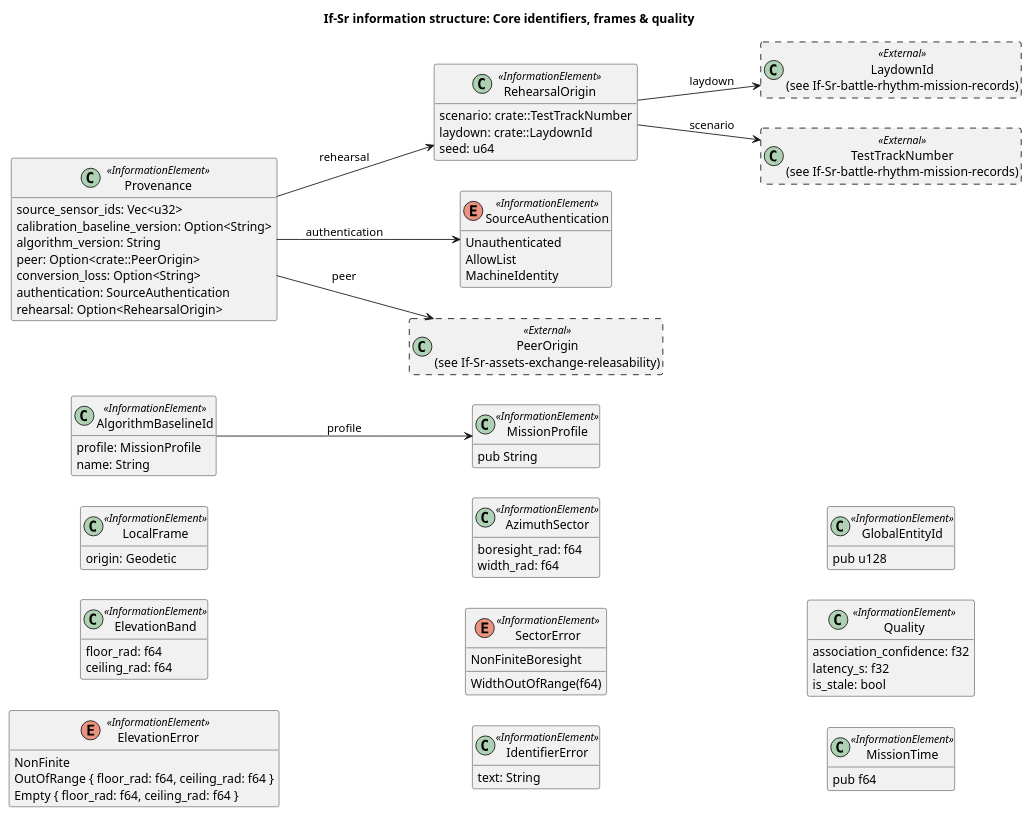
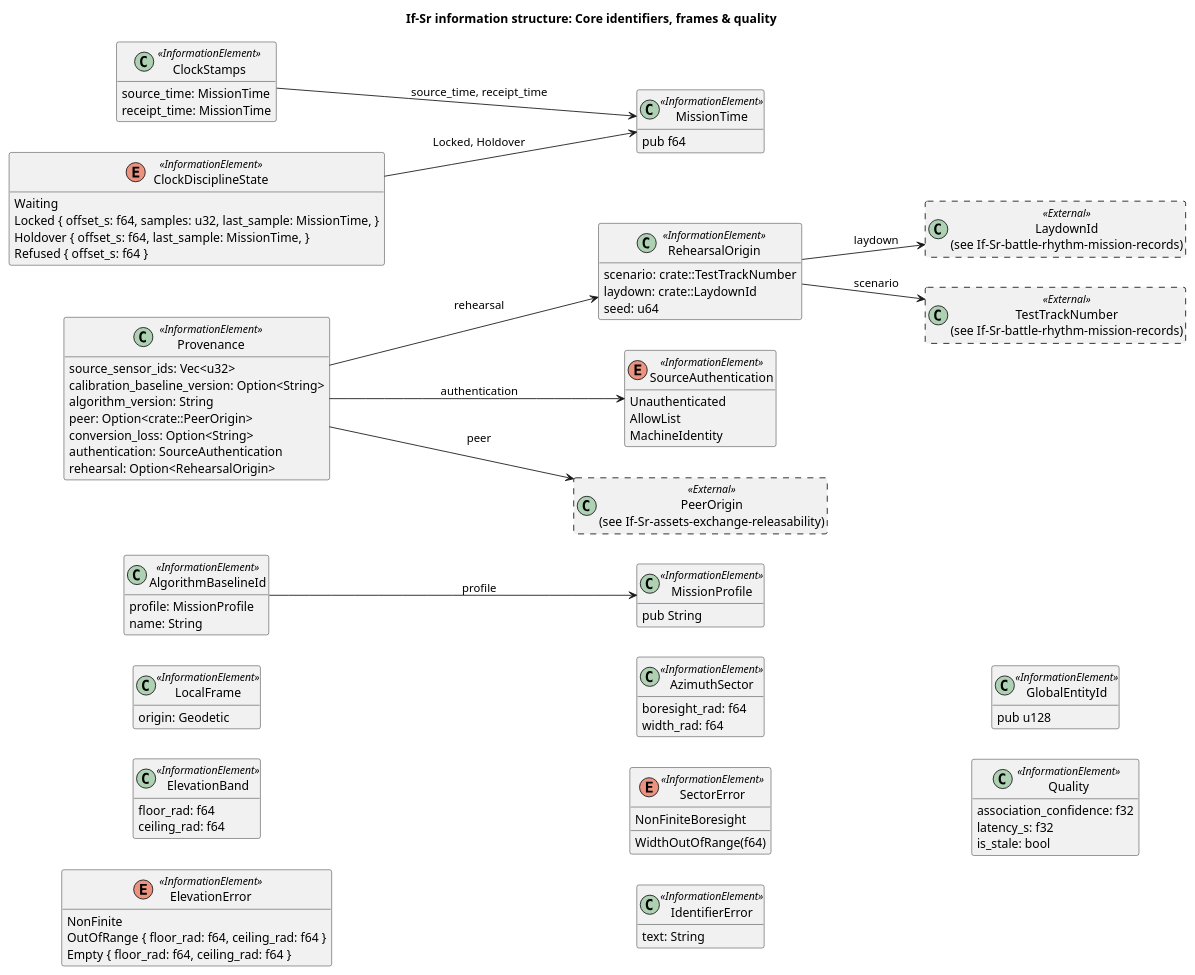
One commit to WayneRoessling/gungnir changed the diagram in docs/architecture/uaf/information/If-Sr-core-identifiers-frames-quality.puml. Above: the diagram before and after it, drawn with PlantUML. The commit also changed 44 other files, not shown here.

First line of the commit message:
GAP-205: the clock follows a named sensor on a site with no time source (#232)

```diff
--- a/docs/architecture/uaf/information/If-Sr-core-identifiers-frames-quality.puml
+++ b/docs/architecture/uaf/information/If-Sr-core-identifiers-frames-quality.puml
@@ -1,78 +1,90 @@
 @startuml If-Sr-core-identifiers-frames-quality
 title If-Sr information structure: Core identifiers, frames & quality
 left to right direction
 hide empty members
 skinparam classAttributeIconSize 0
 class "LocalFrame" as LocalFrame <<InformationElement>> {
   origin: Geodetic
 }
 class "ElevationBand" as ElevationBand <<InformationElement>> {
   floor_rad: f64
   ceiling_rad: f64
 }
 enum "ElevationError" as ElevationError <<InformationElement>> {
   NonFinite
   OutOfRange { floor_rad: f64, ceiling_rad: f64 }
   Empty { floor_rad: f64, ceiling_rad: f64 }
 }
 class "AzimuthSector" as AzimuthSector <<InformationElement>> {
   boresight_rad: f64
   width_rad: f64
 }
 enum "SectorError" as SectorError <<InformationElement>> {
   NonFiniteBoresight
   WidthOutOfRange(f64)
 }
 class "IdentifierError" as IdentifierError <<InformationElement>> {
   text: String
 }
 class "GlobalEntityId" as GlobalEntityId <<InformationElement>> {
   pub u128
 }
 class "MissionProfile" as MissionProfile <<InformationElement>> {
   pub String
 }
 class "AlgorithmBaselineId" as AlgorithmBaselineId <<InformationElement>> {
   profile: MissionProfile
   name: String
 }
 class "Provenance" as Provenance <<InformationElement>> {
   source_sensor_ids: Vec<u32>
   calibration_baseline_version: Option<String>
   algorithm_version: String
   peer: Option<crate::PeerOrigin>
   conversion_loss: Option<String>
   authentication: SourceAuthentication
   rehearsal: Option<RehearsalOrigin>
 }
 class "RehearsalOrigin" as RehearsalOrigin <<InformationElement>> {
   scenario: crate::TestTrackNumber
   laydown: crate::LaydownId
   seed: u64
 }
 enum "SourceAuthentication" as SourceAuthentication <<InformationElement>> {
   Unauthenticated
   AllowList
   MachineIdentity
 }
 class "Quality" as Quality <<InformationElement>> {
   association_confidence: f32
   latency_s: f32
   is_stale: bool
 }
 class "MissionTime" as MissionTime <<InformationElement>> {
   pub f64
 }
+class "ClockStamps" as ClockStamps <<InformationElement>> {
+  source_time: MissionTime
+  receipt_time: MissionTime
+}
+enum "ClockDisciplineState" as ClockDisciplineState <<InformationElement>> {
+  Waiting
+  Locked { offset_s: f64, samples: u32, last_sample: MissionTime, }
+  Holdover { offset_s: f64, last_sample: MissionTime, }
+  Refused { offset_s: f64 }
+}
 class "LaydownId\n(see If-Sr-battle-rhythm-mission-records)" as LaydownId <<External>> #line.dashed {
 }
 class "PeerOrigin\n(see If-Sr-assets-exchange-releasability)" as PeerOrigin <<External>> #line.dashed {
 }
 class "TestTrackNumber\n(see If-Sr-battle-rhythm-mission-records)" as TestTrackNumber <<External>> #line.dashed {
 }
 AlgorithmBaselineId --> MissionProfile : profile
 Provenance --> PeerOrigin : peer
 Provenance --> RehearsalOrigin : rehearsal
 Provenance --> SourceAuthentication : authentication
 RehearsalOrigin --> LaydownId : laydown
 RehearsalOrigin --> TestTrackNumber : scenario
+ClockStamps --> MissionTime : source_time, receipt_time
+ClockDisciplineState --> MissionTime : Locked, Holdover
 @enduml
```
